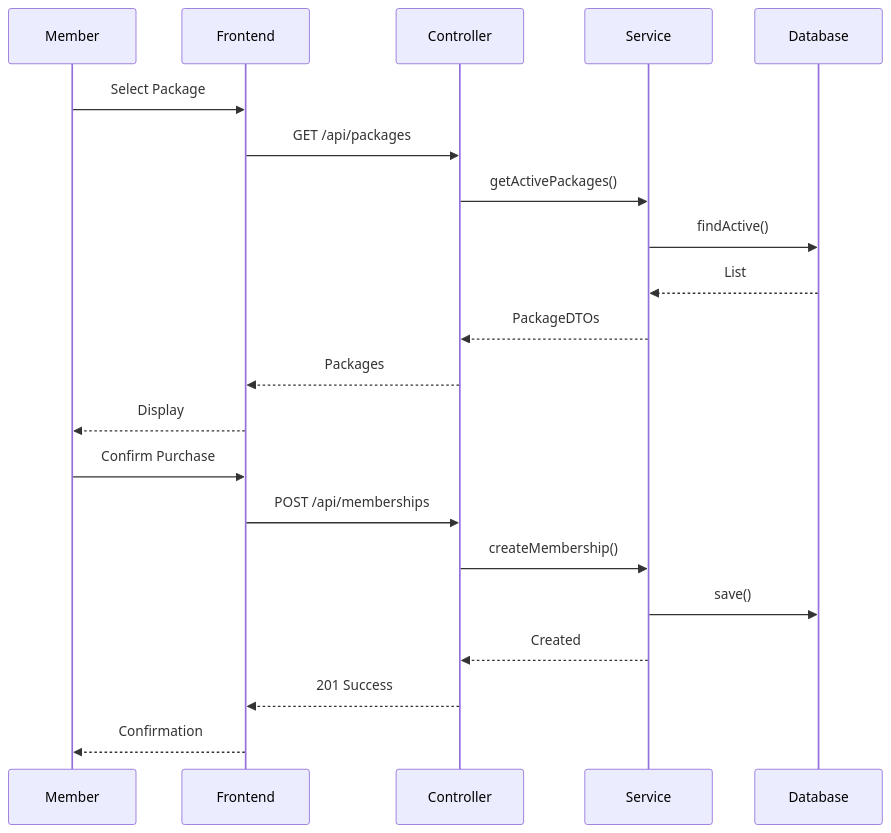
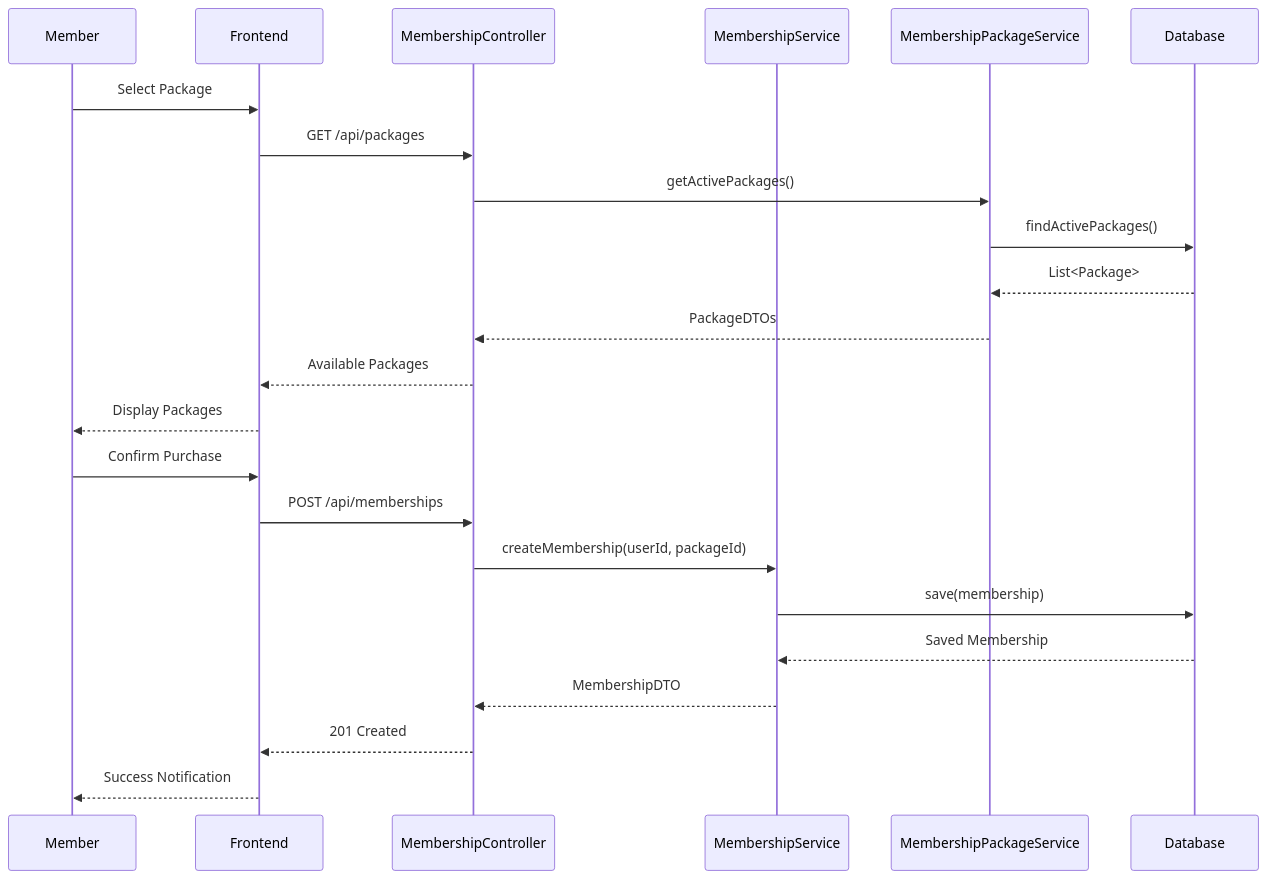
The fourth of 8 diagrams in docs/uml_diagrams.md (coded-with-aryan0426/gym-management-system-fullstack), drawn with Mermaid before and after one commit. The commit also changed other lines of this file and 16 other files, not shown here.

````diff
--- a/docs/uml_diagrams.md
+++ b/docs/uml_diagrams.md
@@ -236,25 +247,27 @@
 ```mermaid
 sequenceDiagram
     participant M as Member
     participant F as Frontend
-    participant C as Controller
-    participant S as Service
+    participant C as MembershipController
+    participant S as MembershipService
+    participant P as MembershipPackageService
     participant D as Database
 
     M->>F: Select Package
     F->>C: GET /api/packages
-    C->>S: getActivePackages()
-    S->>D: findActive()
-    D-->>S: List
-    S-->>C: PackageDTOs
-    C-->>F: Packages
-    F-->>M: Display
+    C->>P: getActivePackages()
+    P->>D: findActivePackages()
+    D-->>P: List<Package>
+    P-->>C: PackageDTOs
+    C-->>F: Available Packages
+    F-->>M: Display Packages
 
     M->>F: Confirm Purchase
     F->>C: POST /api/memberships
-    C->>S: createMembership()
-    S->>D: save()
-    S-->>C: Created
-    C-->>F: 201 Success
-    F-->>M: Confirmation
+    C->>S: createMembership(userId, packageId)
+    S->>D: save(membership)
+    D-->>S: Saved Membership
+    S-->>C: MembershipDTO
+    C-->>F: 201 Created
+    F-->>M: Success Notification
 ```
````
